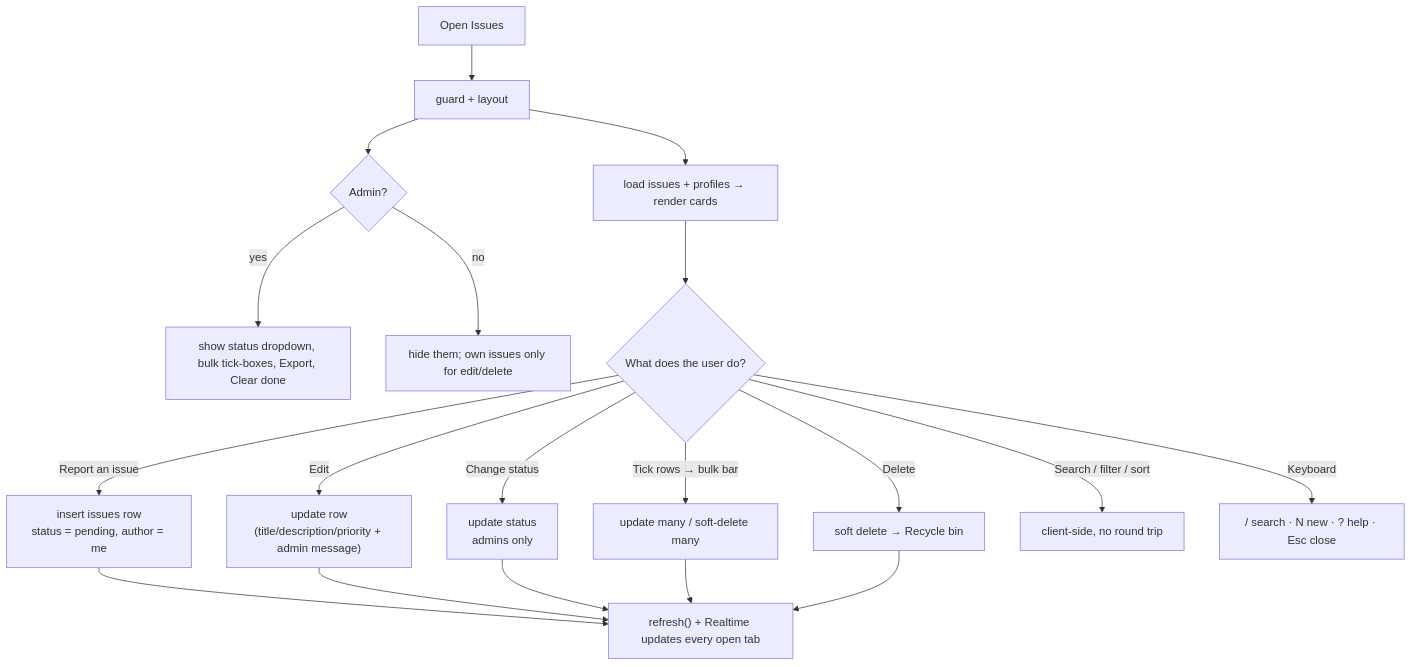
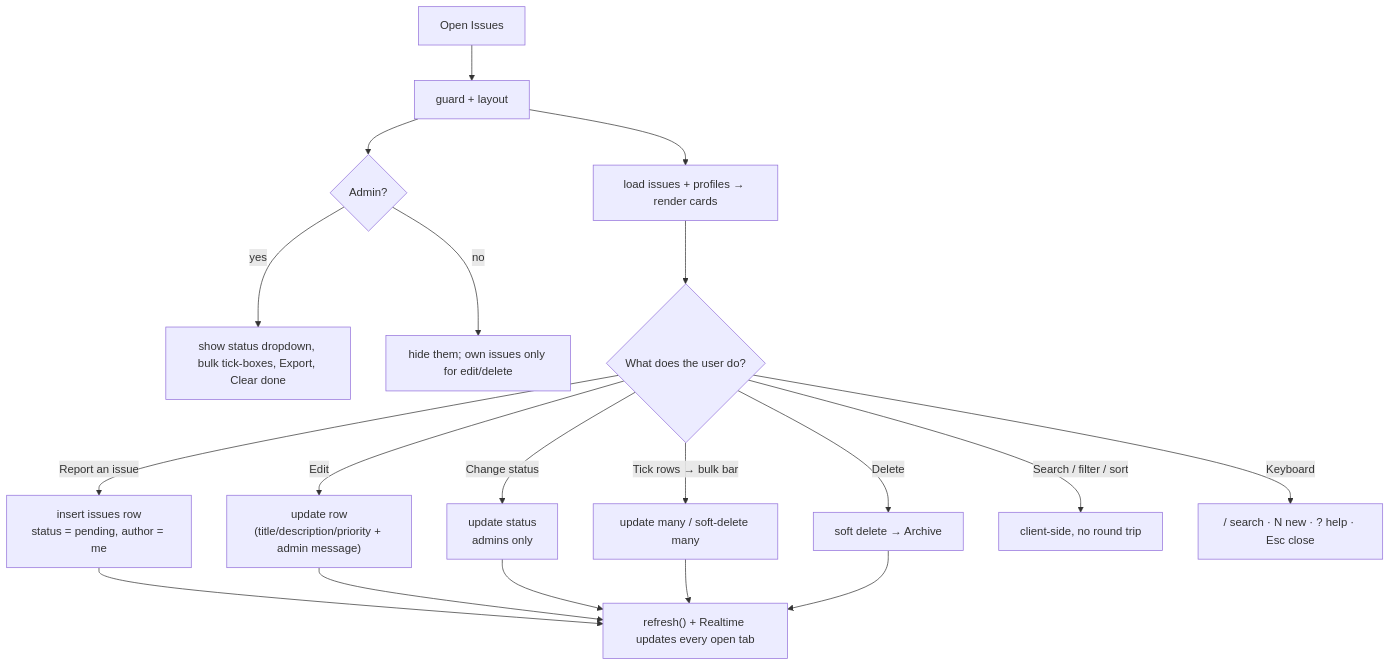
One commit to rawrmeo/issue-tracker changed the seventh of 22 diagrams in HANDOVER.md. Above: the diagram before and after it, drawn with Mermaid. The commit also changed other lines of this file and 5 other files, not shown here.

````diff
--- a/HANDOVER.md
+++ b/HANDOVER.md
@@ -282,23 +327,23 @@
 ```mermaid
 flowchart TD
   A["Open Issues"] --> B["guard + layout"]
   B --> C{"Admin?"}
   C -->|"yes"| D["show status dropdown, bulk tick-boxes, Export, Clear done"]
   C -->|"no"| E["hide them; own issues only for edit/delete"]
   B --> F["load issues + profiles → render cards"]
   F --> G{"What does the user do?"}
 
   G -->|"Report an issue"| H["insert issues row<br/>status = pending, author = me"]
   G -->|"Edit"| I["update row<br/>(title/description/priority + admin message)"]
   G -->|"Change status"| J["update status<br/>admins only"]
   G -->|"Tick rows → bulk bar"| K["update many / soft-delete many"]
-  G -->|"Delete"| L["soft delete → Recycle bin"]
+  G -->|"Delete"| L["soft delete → Archive"]
   G -->|"Search / filter / sort"| M["client-side, no round trip"]
   G -->|"Keyboard"| N["/ search · N new · ? help · Esc close"]
 
   H --> O["refresh() + Realtime updates every open tab"]
   I --> O
   J --> O
   K --> O
   L --> O
 ```
````
